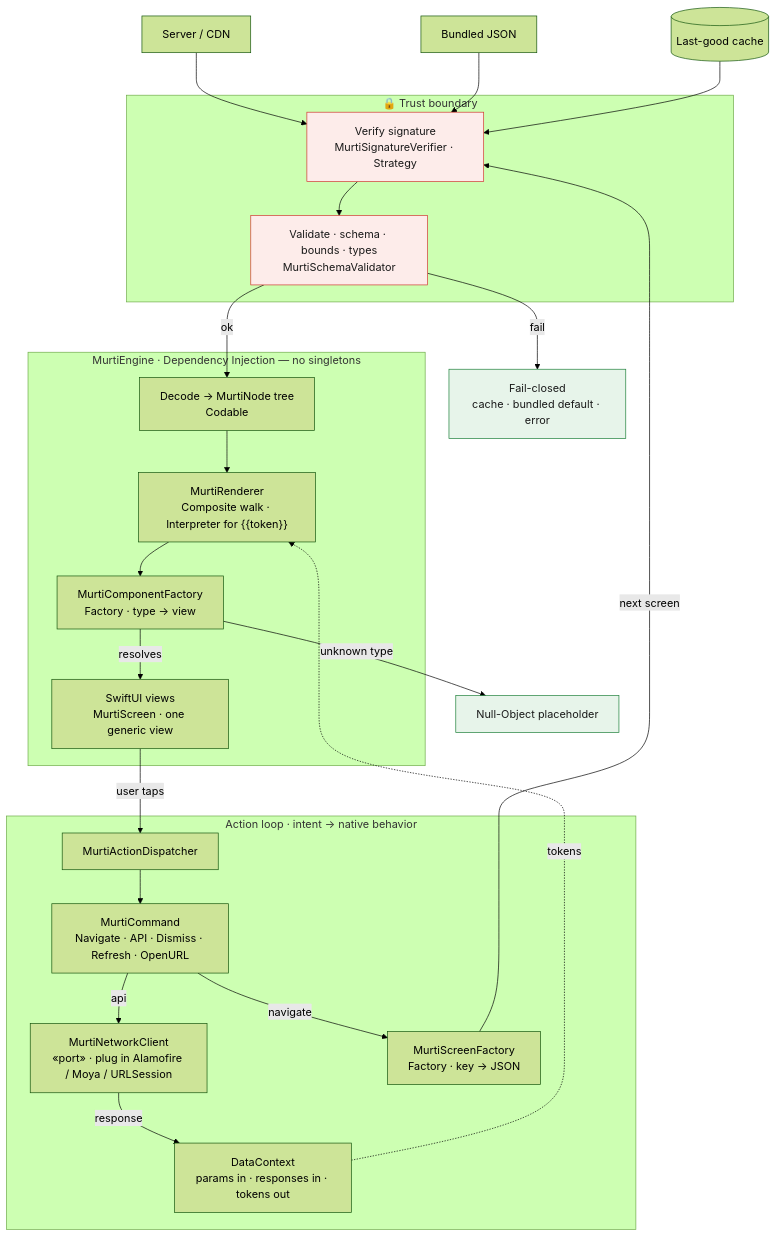
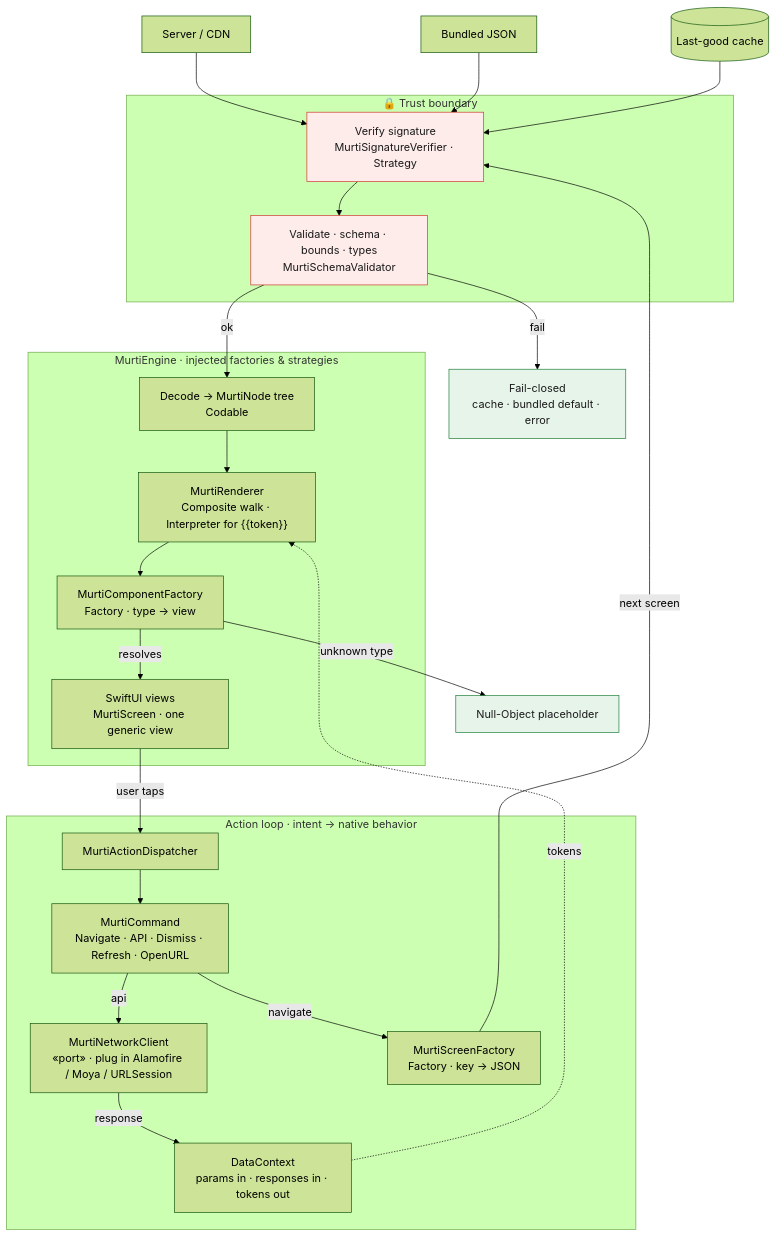
The diagram in README.md (iQbalADR/murti), drawn with Mermaid (forest theme) before and after one commit. The commit also changed other lines of this file and 8 other files, not shown here.

````diff
--- a/README.md
+++ b/README.md
@@ -96,53 +96,53 @@
 ```mermaid
 flowchart TD
     SRV["Server / CDN"]
     BUN["Bundled JSON"]
     CCH[("Last-good cache")]
 
     subgraph SEC["🔒 Trust boundary"]
         ENV["Verify signature<br/>MurtiSignatureVerifier · Strategy"]
         VAL["Validate · schema · bounds · types<br/>MurtiSchemaValidator"]
     end
 
-    subgraph ENG["MurtiEngine · Dependency Injection — no singletons"]
+    subgraph ENG["MurtiEngine · injected factories &amp; strategies"]
         DEC["Decode → MurtiNode tree<br/>Codable"]
         REND["MurtiRenderer<br/>Composite walk · Interpreter for {{token}}"]
         CF["MurtiComponentFactory<br/>Factory · type → view"]
         VIEWS["SwiftUI views<br/>MurtiScreen · one generic view"]
     end
 
     subgraph ACT["Action loop · intent → native behavior"]
         AD["MurtiActionDispatcher"]
         CMD["MurtiCommand<br/>Navigate · API · Dismiss · Refresh · OpenURL"]
         NET["MurtiNetworkClient<br/>«port» · plug in Alamofire / Moya / URLSession"]
         SF["MurtiScreenFactory<br/>Factory · key → JSON"]
         CTX["DataContext<br/>params in · responses in · tokens out"]
     end
 
     NUL["Null-Object placeholder"]
     FAIL["Fail-closed<br/>cache · bundled default · error"]
 
     SRV --> ENV
     BUN --> ENV
     CCH --> ENV
     ENV --> VAL
     VAL -- fail --> FAIL
     VAL -- ok --> DEC
     DEC --> REND
     REND --> CF
     CF -- unknown type --> NUL
     CF -- resolves --> VIEWS
     CTX -. tokens .-> REND
 
     VIEWS -- user taps --> AD
     AD --> CMD
     CMD -- navigate --> SF
     CMD -- api --> NET
     SF -- next screen --> ENV
     NET -- response --> CTX
 
     classDef sec fill:#fdecea,stroke:#d1362f,color:#1a1a1a;
     classDef safe fill:#e7f4ea,stroke:#1a7f37,color:#1a1a1a;
     class ENV,VAL sec;
     class FAIL,NUL safe;
 ```
````
